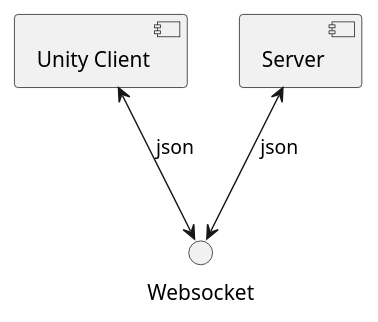
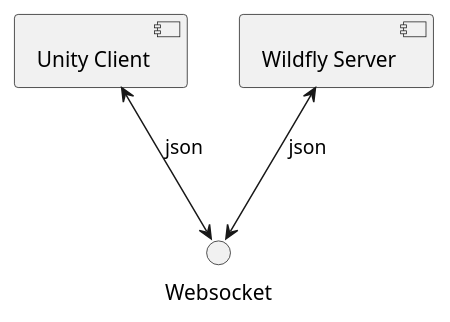
Before and after one commit to jappeace/methods-homework: the second of 11 diagrams in thesis/thesis.org, drawn with PlantUML. The commit also changed other lines of this file, not shown here.

Commit message:
server -> widlfly server to the socket diagriam

```diff
--- a/thesis/thesis.org
+++ b/thesis/thesis.org
@@ -1092,4 +1092,4 @@
 #+BEGIN_SRC plantuml :cache yes :file img/uml/components.png :exports results
 [Unity Client] <--> Websocket : json
-[Server] <--> Websocket : json
+[Wildfly Server] <--> Websocket : json
 #+END_SRC
```
